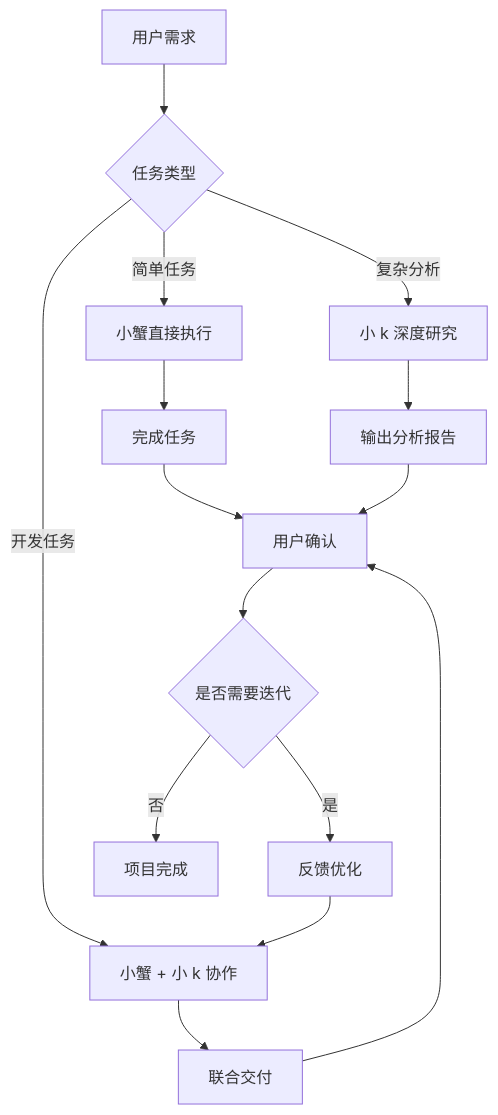
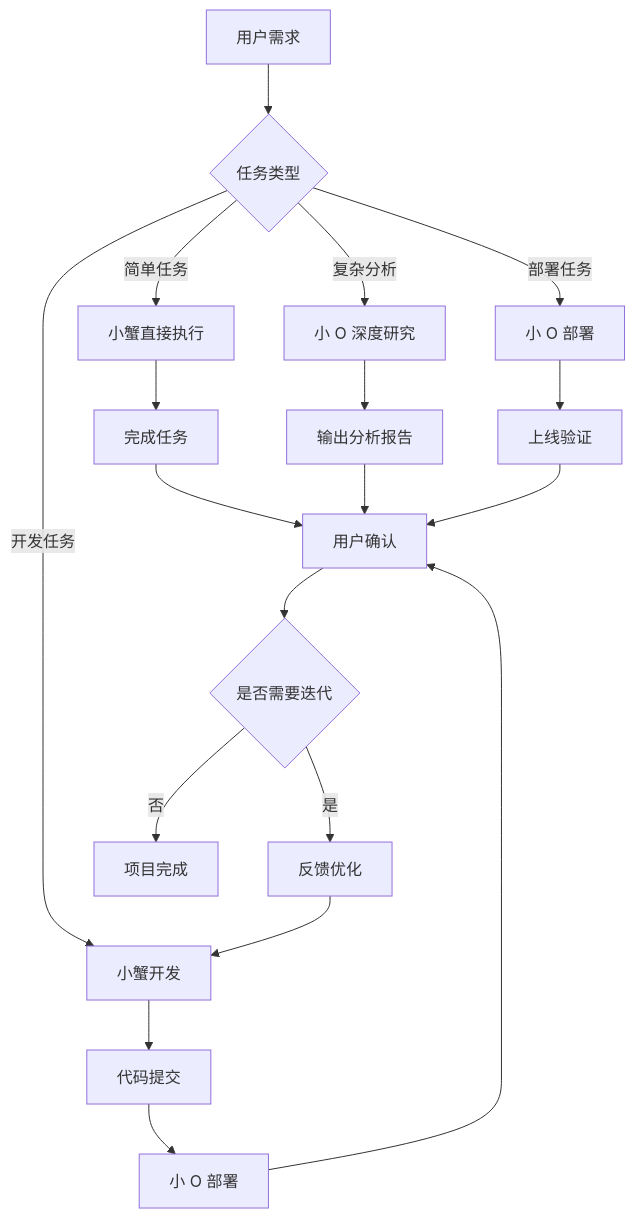
One commit to laozhuclaw/Clawquan changed the diagram in README.md. Above: the diagram before and after it, drawn with Mermaid. The commit also changed other lines of this file and 3 other files, not shown here.

````diff
--- a/README.md
+++ b/README.md
@@ -89,21 +99,25 @@
 ```mermaid
 graph TD
     A[用户需求] --> B{任务类型}
     B -->|简单任务 | C[小蟹直接执行]
-    B -->|复杂分析 | D[小 k 深度研究]
-    B -->|开发任务 | E[小蟹 + 小 k 协作]
+    B -->|复杂分析 | D[小 O 深度研究]
+    B -->|开发任务 | E[小蟹开发]
+    B -->|部署任务 | F[小 O 部署]
     
-    C --> F[完成任务]
-    D --> G[输出分析报告]
-    E --> H[联合交付]
+    C --> G[完成任务]
+    D --> H[输出分析报告]
+    E --> I[代码提交]
+    F --> J[上线验证]
     
-    F --> I[用户确认]
-    G --> I
-    H --> I
+    G --> K[用户确认]
+    H --> K
+    I --> L[小 O 部署]
+    J --> K
     
-    I --> J{是否需要迭代}
-    J -->|是 | K[反馈优化]
-    J -->|否 | L[项目完成]
+    K --> M{是否需要迭代}
+    M -->|是 | N[反馈优化]
+    M -->|否 | O[项目完成]
     
-    K --> E
+    N --> E
+    L --> K
 ```
````
